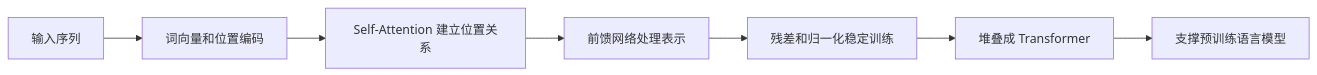
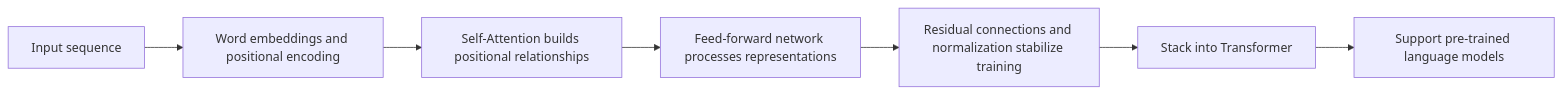
The diagram in docs/ch06-deep-learning/ch05-transformer/00-roadmap.md (oudbiao/AI-fullstack-course), drawn with Mermaid before and after one commit. The commit also changed other lines of this file and 1406 other files, not shown here.

````diff
--- a/docs/ch06-deep-learning/ch05-transformer/00-roadmap.md
+++ b/docs/ch06-deep-learning/ch05-transformer/00-roadmap.md
@@ -40,9 +40,9 @@
 ```mermaid
 flowchart LR
-  A[输入序列] --> B[词向量和位置编码]
-  B --> C[Self-Attention 建立位置关系]
-  C --> D[前馈网络处理表示]
-  D --> E[残差和归一化稳定训练]
-  E --> F[堆叠成 Transformer]
-  F --> G[支撑预训练语言模型]
+  A[Input sequence] --> B[Word embeddings and positional encoding]
+  B --> C[Self-Attention builds positional relationships]
+  C --> D[Feed-forward network processes representations]
+  D --> E[Residual connections and normalization stabilize training]
+  E --> F[Stack into Transformer]
+  F --> G[Support pre-trained language models]
 ```
````
